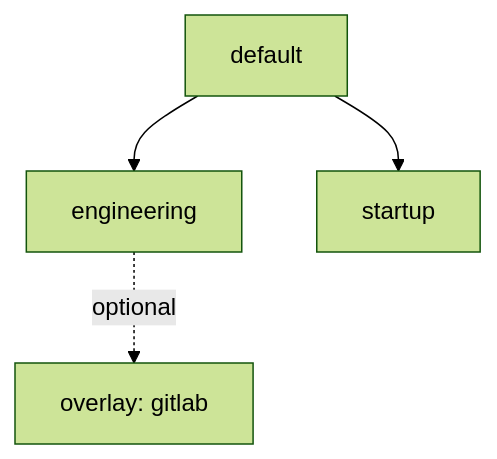
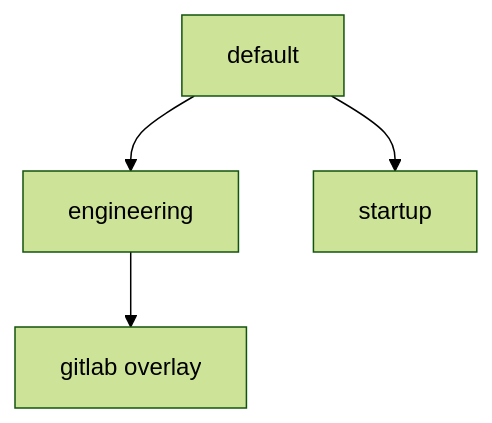
The second of 2 diagrams in docs/setup.md (Supparerk23/agent-harness-blueprint), drawn with Mermaid (forest theme) before and after one commit. The commit also changed other lines of this file and 18 other files, not shown here.

````diff
--- a/docs/setup.md
+++ b/docs/setup.md
@@ -59,11 +77,6 @@
 ```mermaid
 flowchart TB
-  default[default]
-  engineering[engineering]
-  startup[startup]
-  gitlab[overlay: gitlab]
-
-  default --> engineering
-  default --> startup
-  engineering -.->|optional| gitlab
+  default[default] --> engineering[engineering]
+  default --> startup[startup]
+  engineering --> gitlab[gitlab overlay]
 ```
````
